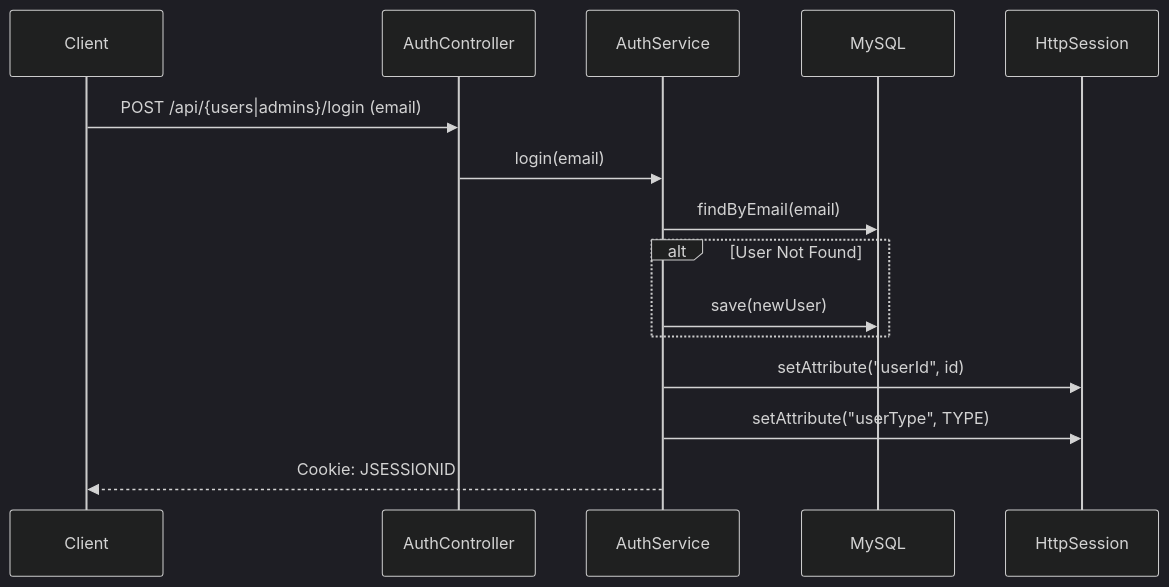
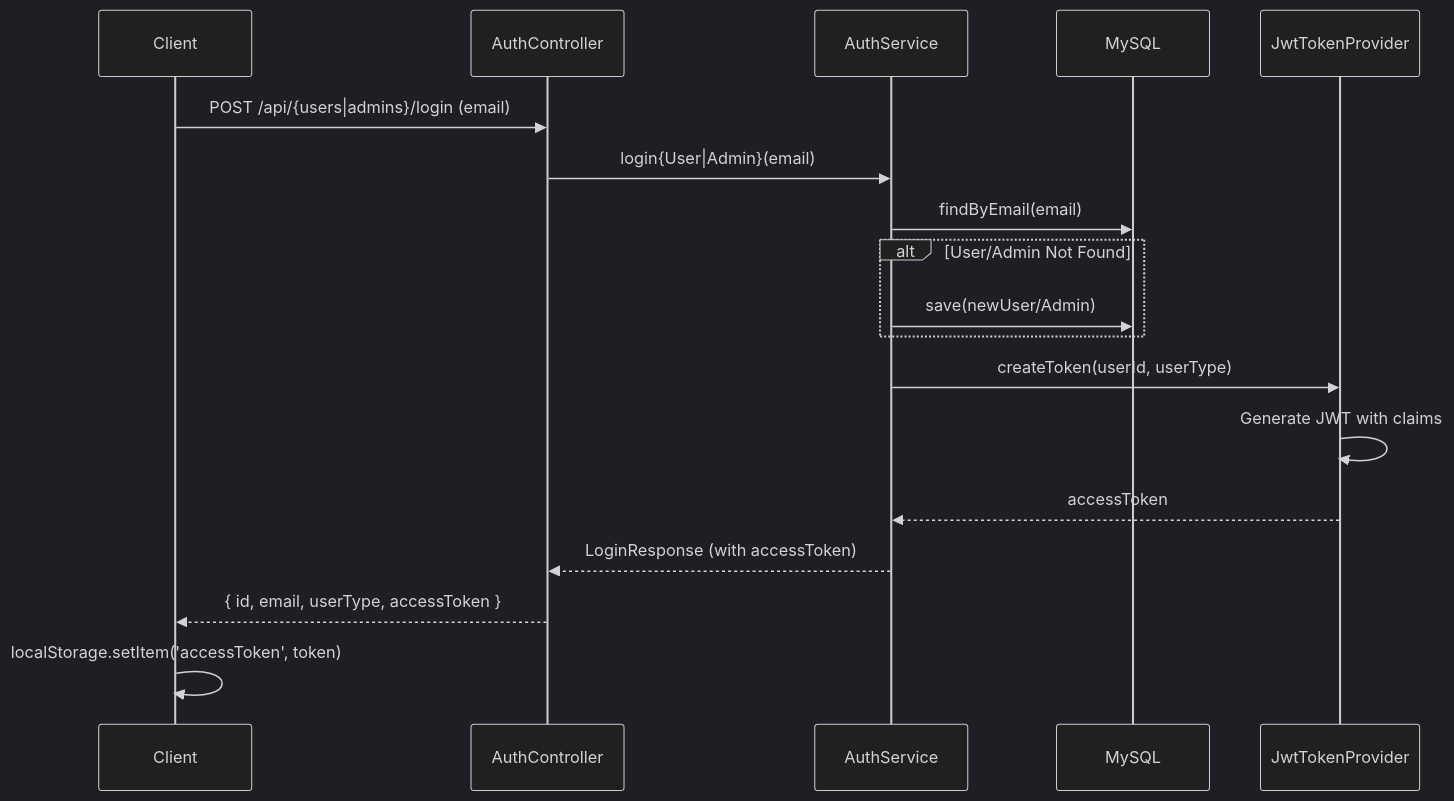
Before and after one commit to zooozoo/chat_poc: the first of 18 diagrams in WORKFLOW_GUIDE.md, drawn with Mermaid (dark theme). The commit also changed other lines of this file and 24 other files, not shown here.

First line of the commit message:
Change authentication method from session to jwt

````diff
--- a/WORKFLOW_GUIDE.md
+++ b/WORKFLOW_GUIDE.md
@@ -16,18 +66,21 @@
 ```mermaid
 sequenceDiagram
     participant C as Client
     participant API as AuthController
     participant S as AuthService
     participant DB as MySQL
-    participant Sess as HttpSession
+    participant JWT as JwtTokenProvider
 
     C->>API: POST /api/{users|admins}/login (email)
-    API->>S: login(email)
+    API->>S: login{User|Admin}(email)
     S->>DB: findByEmail(email)
-    alt User Not Found
-        S->>DB: save(newUser)
+    alt User/Admin Not Found
+        S->>DB: save(newUser/Admin)
     end
-    S->>Sess: setAttribute("userId", id)
-    S->>Sess: setAttribute("userType", TYPE)
-    S-->>C: Cookie: JSESSIONID
+    S->>JWT: createToken(userId, userType)
+    JWT->>JWT: Generate JWT with claims
+    JWT-->>S: accessToken
+    S-->>API: LoginResponse (with accessToken)
+    API-->>C: { id, email, userType, accessToken }
+    C->>C: localStorage.setItem('accessToken', token)
 ```
````
